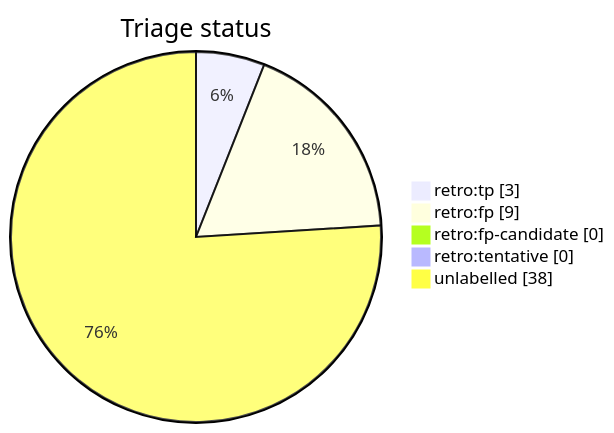
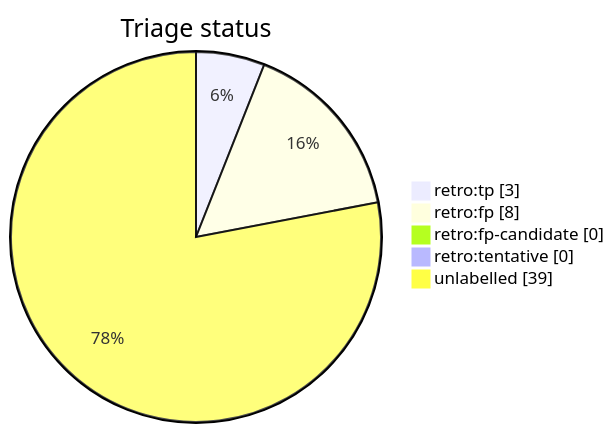
Before and after one commit to tvna/claude-md: the diagram in docs/generated/scripts/auto-retro-triage-report.md, drawn with Mermaid. The commit also changed other lines of this file and 4 other files, not shown here.

````diff
--- a/docs/generated/scripts/auto-retro-triage-report.md
+++ b/docs/generated/scripts/auto-retro-triage-report.md
@@ -15,9 +15,9 @@
 ```mermaid
 pie showData
     title Triage status
     "retro:tp" : 3
-    "retro:fp" : 9
+    "retro:fp" : 8
     "retro:fp-candidate" : 0
     "retro:tentative" : 0
-    "unlabelled" : 38
+    "unlabelled" : 39
 ```
````
